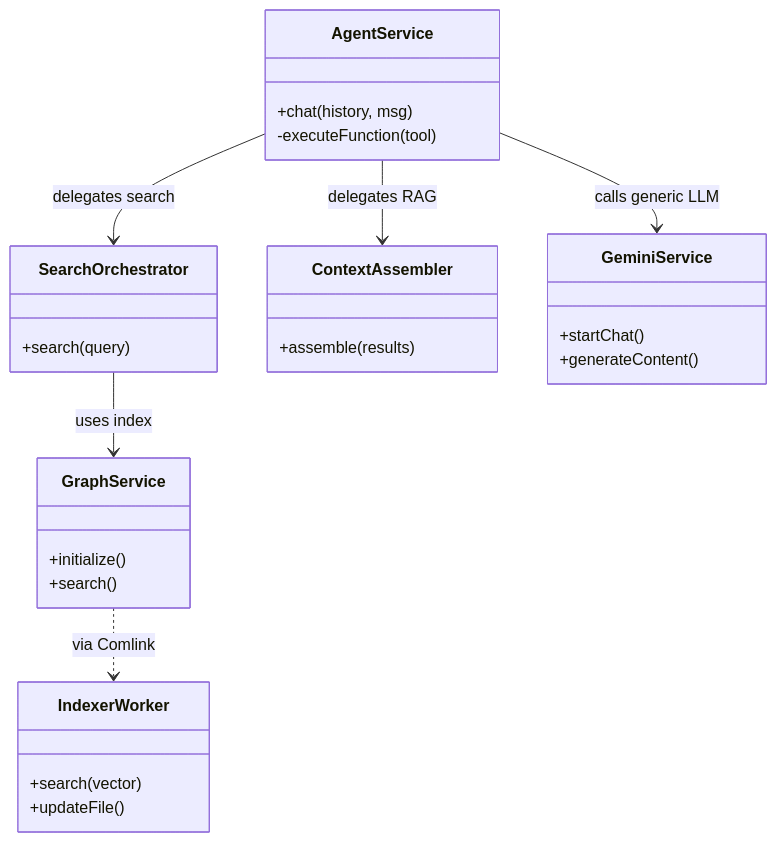
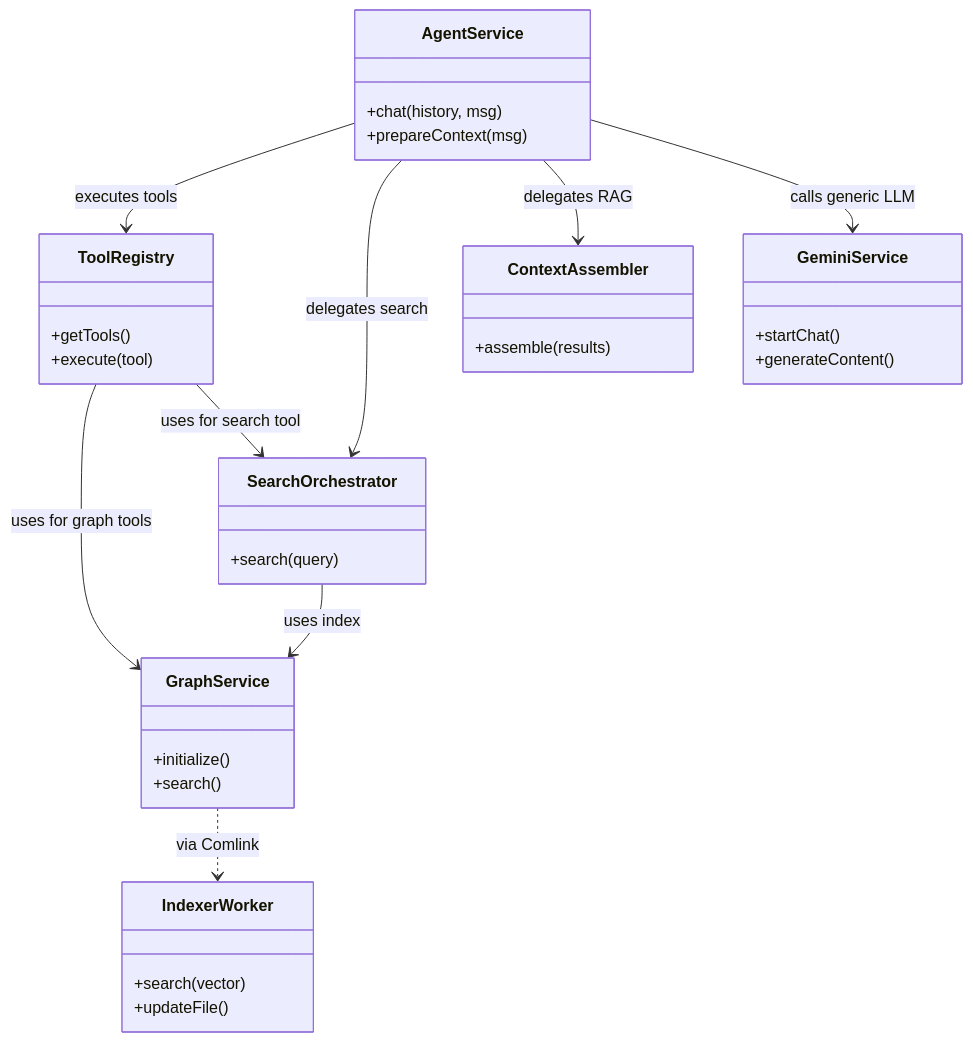
Before and after one commit to cybaea/obsidian-vault-intelligence: the second of 2 diagrams in devs/ARCHITECTURE.md, drawn with Mermaid. The commit also changed 5 other files, not shown here.

Commit message:
refactor: extract agent tool definitions and execution into a new ToolRegistry.

````diff
--- a/devs/ARCHITECTURE.md
+++ b/devs/ARCHITECTURE.md
@@ -272,31 +272,38 @@
 ```mermaid
 classDiagram
     class AgentService {
         +chat(history, msg)
-        -executeFunction(tool)
+        +prepareContext(msg)
+    }
+    class ToolRegistry {
+        +getTools()
+        +execute(tool)
     }
     class SearchOrchestrator {
         +search(query)
     }
     class ContextAssembler {
         +assemble(results)
     }
     class GraphService {
         +initialize()
         +search()
     }
     class IndexerWorker {
         +search(vector)
         +updateFile()
     }
     class GeminiService {
         +startChat()
         +generateContent()
     }
 
+    AgentService --> ToolRegistry : executes tools
     AgentService --> SearchOrchestrator : delegates search
     AgentService --> ContextAssembler : delegates RAG
     AgentService --> GeminiService : calls generic LLM
+    ToolRegistry --> GraphService : uses for graph tools
+    ToolRegistry --> SearchOrchestrator : uses for search tool
     SearchOrchestrator --> GraphService : uses index
     GraphService ..> IndexerWorker : via Comlink
 ```
````
